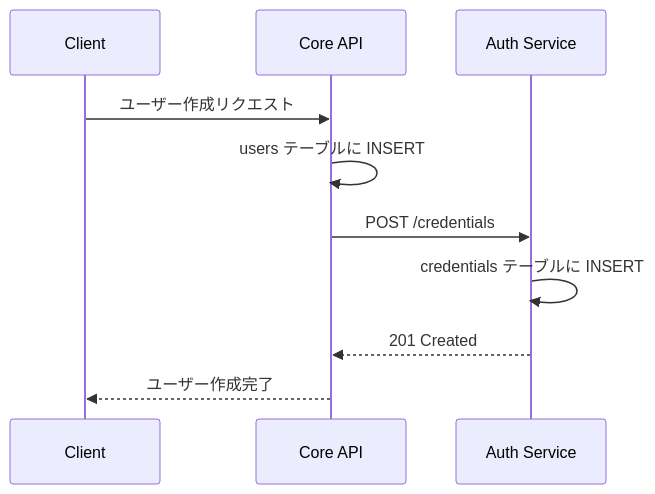
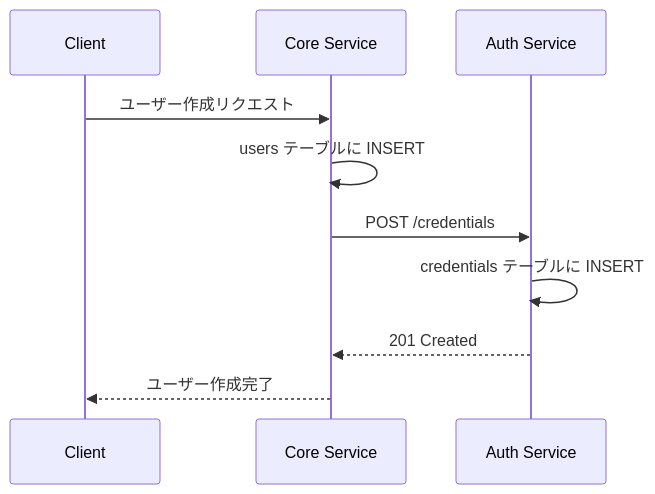
The second of 4 diagrams in docs/06_技術ノート/マイクロサービス間のデータ整合性.md (ka2kama/ringiflow), drawn with Mermaid before and after one commit. The commit also changed other lines of this file and 55 other files, not shown here.

````diff
--- a/docs/06_技術ノート/マイクロサービス間のデータ整合性.md
+++ b/docs/06_技術ノート/マイクロサービス間のデータ整合性.md
@@ -48,13 +48,13 @@
 ```mermaid
 sequenceDiagram
     participant Client
-    participant CoreAPI as Core API
+    participant CoreService as Core Service
     participant AuthService as Auth Service
 
-    Client->>CoreAPI: ユーザー作成リクエスト
-    CoreAPI->>CoreAPI: users テーブルに INSERT
-    CoreAPI->>AuthService: POST /credentials
+    Client->>CoreService: ユーザー作成リクエスト
+    CoreService->>CoreService: users テーブルに INSERT
+    CoreService->>AuthService: POST /credentials
     AuthService->>AuthService: credentials テーブルに INSERT
-    AuthService-->>CoreAPI: 201 Created
-    CoreAPI-->>Client: ユーザー作成完了
+    AuthService-->>CoreService: 201 Created
+    CoreService-->>Client: ユーザー作成完了
 ```
````
